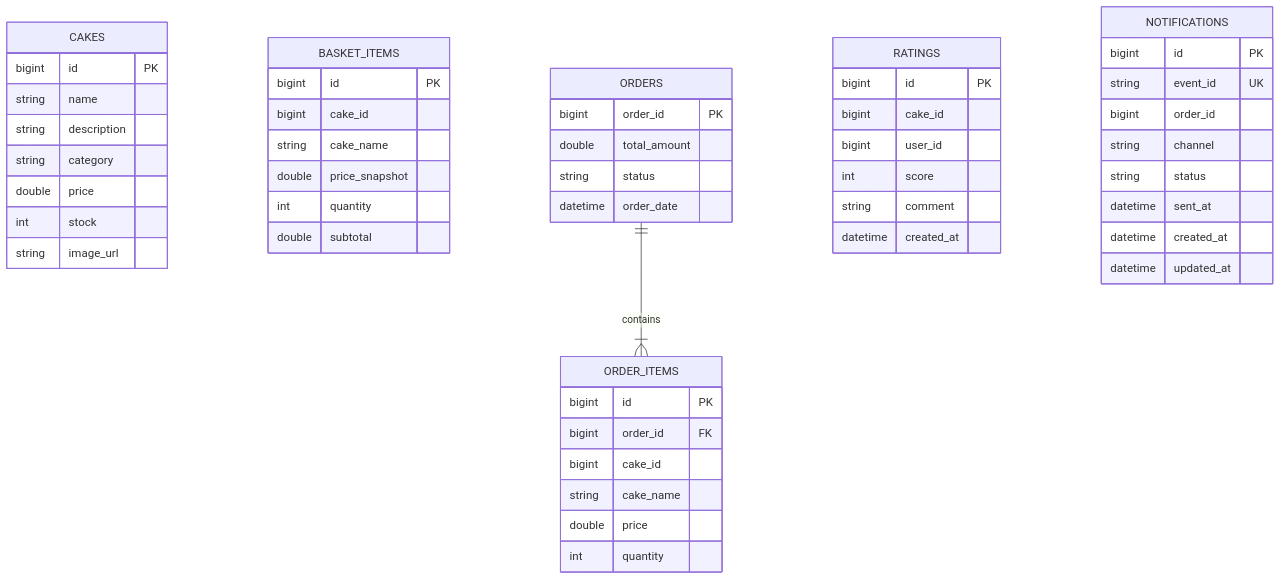
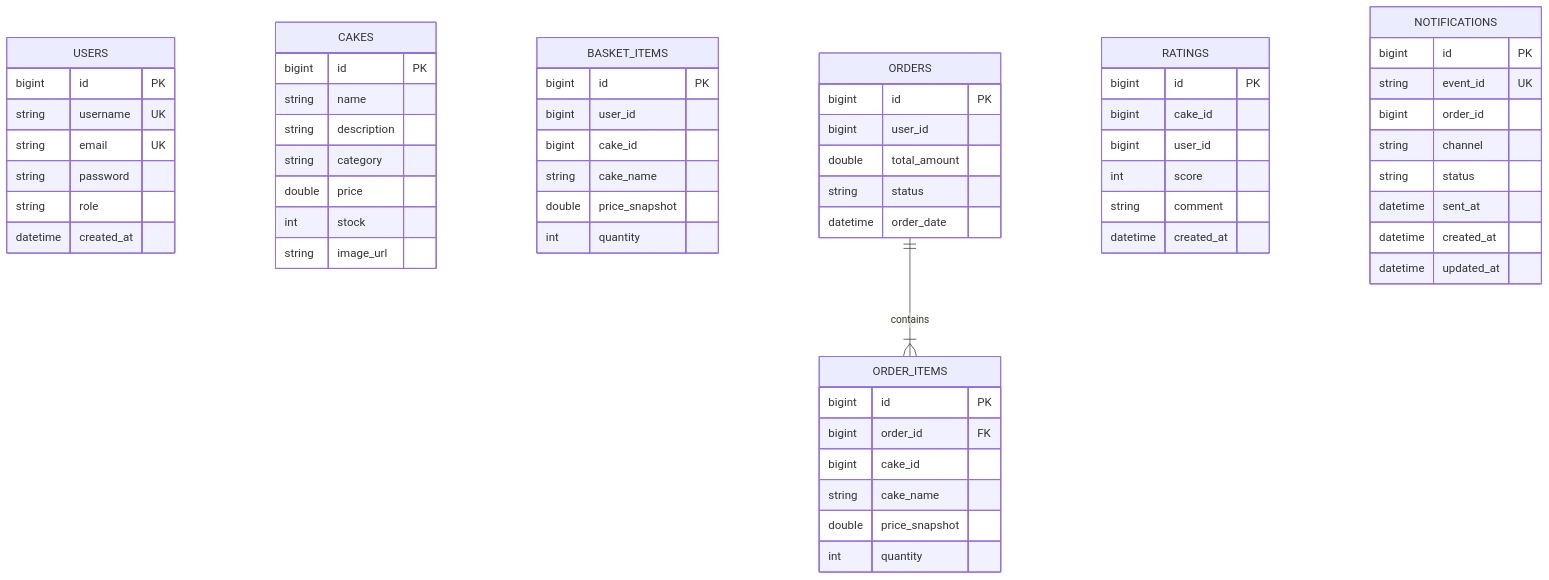
The fifth of 5 diagrams in docs/architecture.md (prathibha-15/Cake-Delight-), drawn with Mermaid before and after one commit. The commit also changed other lines of this file and 65 other files, not shown here.

Commit message:
feat: implement user order history, JWT gateway security, and update documentation

````diff
--- a/docs/architecture.md
+++ b/docs/architecture.md
@@ -122,59 +160,69 @@
 ```mermaid
 erDiagram
+    USERS {
+        bigint id PK
+        string username UK
+        string email UK
+        string password
+        string role
+        datetime created_at
+    }
+
     CAKES {
         bigint id PK
         string name
         string description
         string category
         double price
         int stock
         string image_url
     }
 
     BASKET_ITEMS {
         bigint id PK
+        bigint user_id
         bigint cake_id
         string cake_name
         double price_snapshot
         int quantity
-        double subtotal
     }
 
     ORDERS {
-        bigint order_id PK
+        bigint id PK
+        bigint user_id
         double total_amount
         string status
         datetime order_date
     }
 
     ORDER_ITEMS {
         bigint id PK
         bigint order_id FK
         bigint cake_id
         string cake_name
-        double price
+        double price_snapshot
         int quantity
     }
 
     RATINGS {
         bigint id PK
         bigint cake_id
         bigint user_id
         int score
         string comment
         datetime created_at
     }
 
     NOTIFICATIONS {
         bigint id PK
         string event_id UK
         bigint order_id
         string channel
         string status
         datetime sent_at
         datetime created_at
         datetime updated_at
     }
 
     ORDERS ||--|{ ORDER_ITEMS : contains
 ```
````
